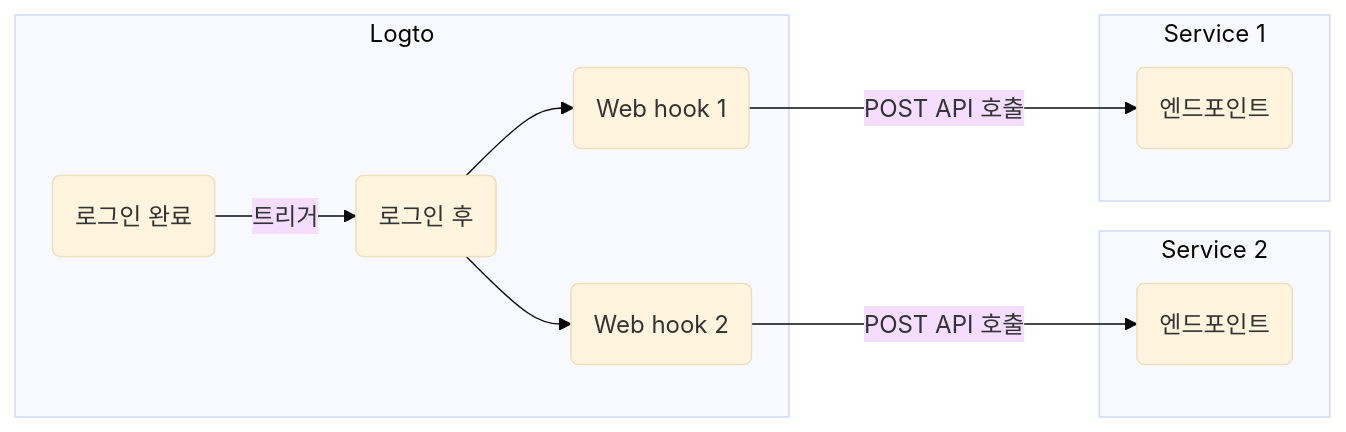
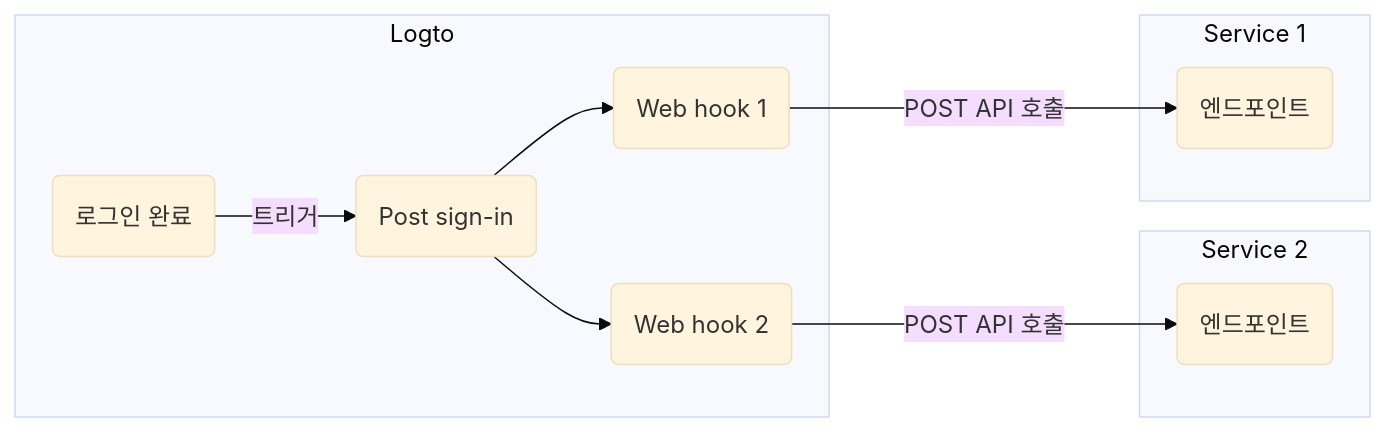
The diagram in i18n/ko/docusaurus-plugin-content-docs/current/developers/webhooks/README.mdx (logto-io/docs), drawn with Mermaid (base theme) before and after one commit. The commit also changed other lines of this file and 80 other files, not shown here.

````diff
--- a/i18n/ko/docusaurus-plugin-content-docs/current/developers/webhooks/README.mdx
+++ b/i18n/ko/docusaurus-plugin-content-docs/current/developers/webhooks/README.mdx
@@ -36,24 +36,24 @@
 ```mermaid
 graph LR
   subgraph Logto
     SF(로그인 완료)
-    PS(로그인 후)
+    PS(Post sign-in)
     WH2(Web hook 2)
     WH1(Web hook 1)
   end
 
   subgraph Service 2
     E2(엔드포인트)
   end
 
   subgraph Service 1
     E1(엔드포인트)
   end
 
   SF -->|트리거| PS
   PS --> WH1
   PS --> WH2
   WH1 --->|POST API 호출| E1
   WH2 --->|POST API 호출| E2
 
 ```
````
